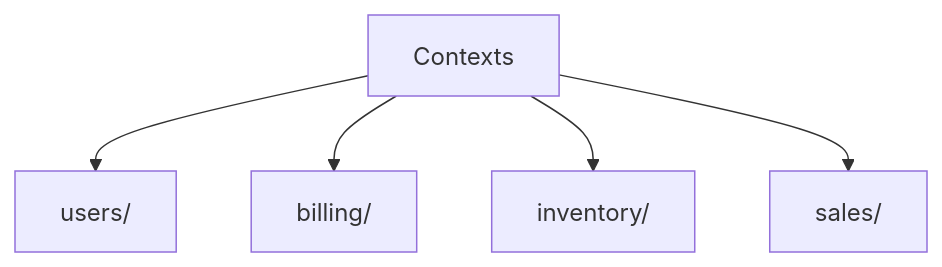
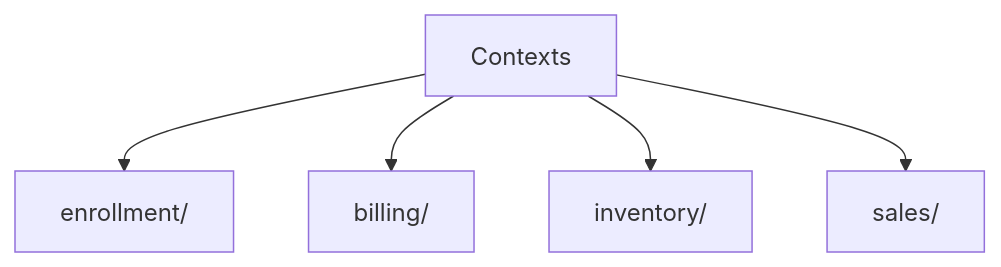
The fourth of 7 diagrams in docs/library-structure.md (virtualitems/tshex-cli), drawn with Mermaid before and after one commit. The commit also changed other lines of this file and 5 other files, not shown here.

````diff
--- a/docs/library-structure.md
+++ b/docs/library-structure.md
@@ -70,7 +70,7 @@
 ```mermaid
 flowchart TD
-    contexts["Contexts"] --> users["users/"]
+    contexts["Contexts"] --> enrollment["enrollment/"]
     contexts --> billing["billing/"]
     contexts --> inventory["inventory/"]
     contexts --> sales["sales/"]
 ```
````
